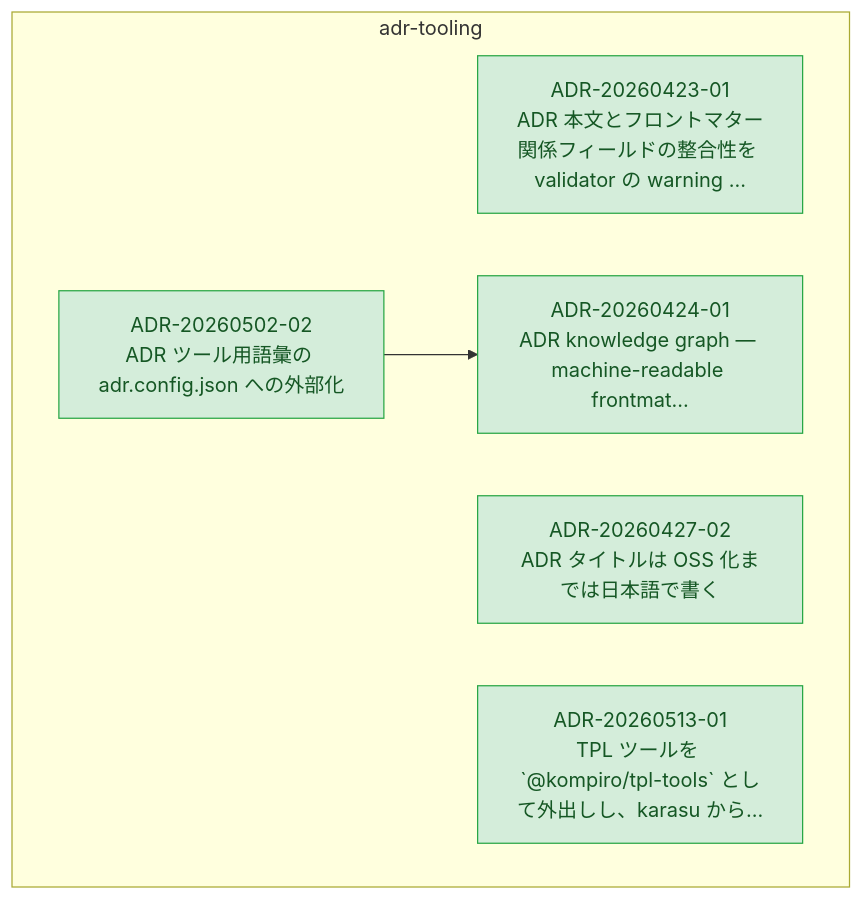
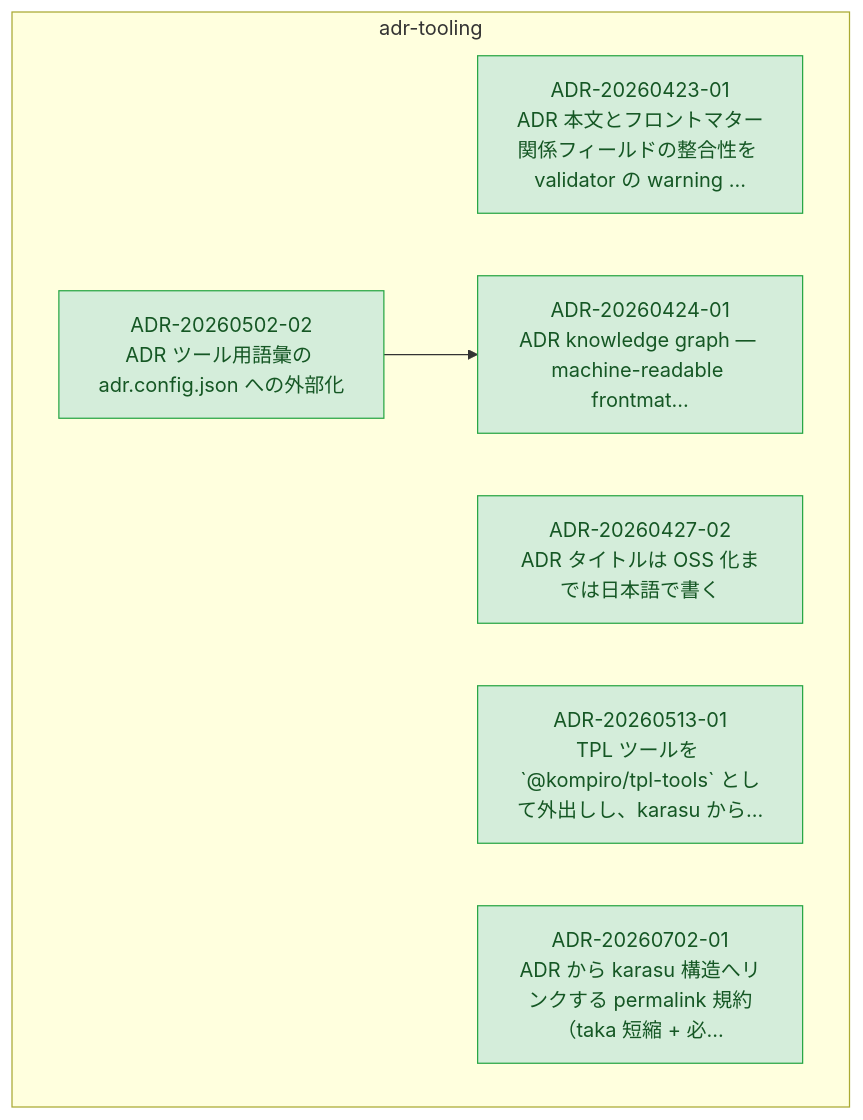
Before and after one commit to kompiro/karasu: the diagram in docs/adr/graph/adr-tooling.md, drawn with Mermaid. The commit also changed other lines of this file and 7 other files, not shown here.

First line of the commit message:
docs(adr): promote ADR-permalink convention to ADR-20260702-01

````diff
--- a/docs/adr/graph/adr-tooling.md
+++ b/docs/adr/graph/adr-tooling.md
@@ -6,23 +6,25 @@
 ```mermaid
 flowchart TD
   subgraph adr-tooling["adr-tooling"]
     ADR_20260423_01["ADR-20260423-01<br/>ADR 本文とフロントマター関係フィールドの整合性を validator の warning ..."]
     ADR_20260424_01["ADR-20260424-01<br/>ADR knowledge graph — machine-readable frontmat..."]
     ADR_20260427_02["ADR-20260427-02<br/>ADR タイトルは OSS 化までは日本語で書く"]
     ADR_20260502_02["ADR-20260502-02<br/>ADR ツール用語彙の adr.config.json への外部化"]
     ADR_20260513_01["ADR-20260513-01<br/>TPL ツールを `@kompiro/tpl-tools` として外出しし、karasu から..."]
+    ADR_20260702_01["ADR-20260702-01<br/>ADR から karasu 構造へリンクする permalink 規約（taka 短縮 + 必..."]
   end
   ADR_20260502_02 --> ADR_20260424_01
 
   classDef accepted fill:#d4edda,stroke:#28a745,color:#155724
   classDef proposed fill:#fff3cd,stroke:#ffc107,color:#856404
   classDef deprecated fill:#f8d7da,stroke:#dc3545,color:#721c24
   classDef superseded fill:#e2e3e5,stroke:#6c757d,color:#383d41
   classDef not_adopted fill:#e2e3e5,stroke:#6c757d,color:#383d41,stroke-dasharray:3 3
   classDef ghost fill:#f5f5f5,stroke:#adb5bd,color:#6c757d,stroke-dasharray:2 2
   class ADR_20260423_01 accepted
   class ADR_20260424_01 accepted
   class ADR_20260427_02 accepted
   class ADR_20260502_02 accepted
   class ADR_20260513_01 accepted
+  class ADR_20260702_01 accepted
 ```
````
